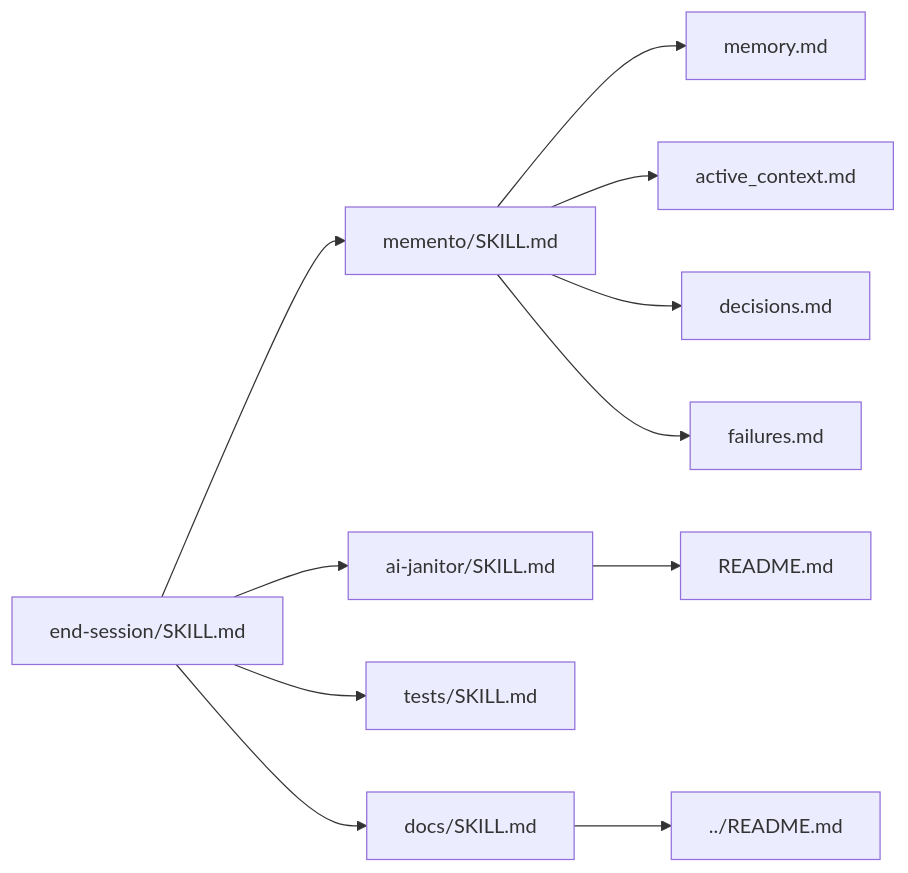
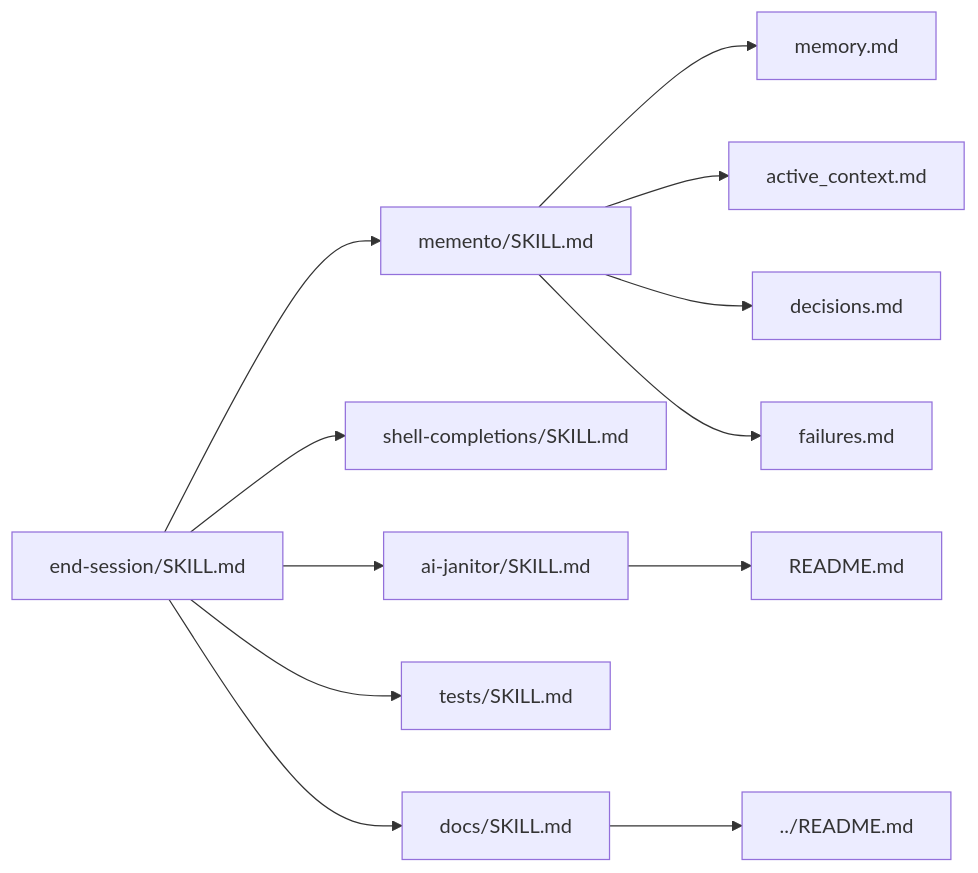
The third of 3 diagrams in .agents/README.md (gobbi9/cr3-keywords), drawn with Mermaid before and after one commit. The commit also changed other lines of this file and 14 other files, not shown here.

````diff
--- a/.agents/README.md
+++ b/.agents/README.md
@@ -62,15 +63,16 @@
 ```mermaid
 graph LR
   endSession["end-session/SKILL.md"] --> memento["memento/SKILL.md"]
+  endSession --> shellCompletions["shell-completions/SKILL.md"]
   endSession --> janitor["ai-janitor/SKILL.md"]
   endSession --> tests["tests/SKILL.md"]
   endSession --> docs["docs/SKILL.md"]
 
   memento --> memory["memory.md"]
   memento --> active["active_context.md"]
   memento --> decisions["decisions.md"]
   memento --> failures["failures.md"]
 
   janitor --> readme["README.md"]
   docs --> projectReadme["../README.md"]
 ```
````
